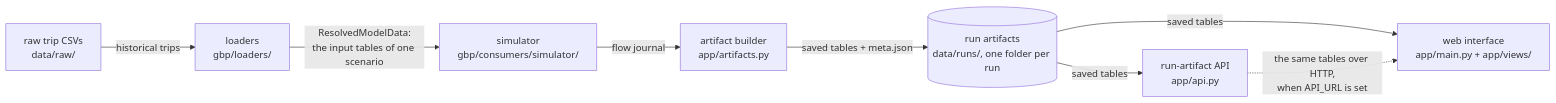
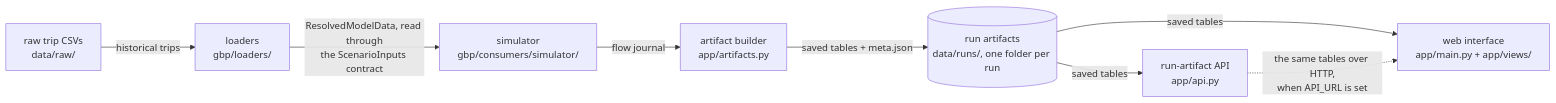
Before and after one commit to vlzm/GFDRR: the second of 4 diagrams in docs/explanation/architecture.md, drawn with Mermaid. The commit also changed other lines of this file and 13 other files, not shown here.

Commit message:
feat: introduce ScenarioInputs contract for simulator input tables

````diff
--- a/docs/explanation/architecture.md
+++ b/docs/explanation/architecture.md
@@ -51,18 +51,18 @@
 ```mermaid
 flowchart LR
     csv["raw trip CSVs<br/>data/raw/"]
     loaders["loaders<br/>gbp/loaders/"]
     sim["simulator<br/>gbp/consumers/simulator/"]
     builder["artifact builder<br/>app/artifacts.py"]
     runs[("run artifacts<br/>data/runs/, one folder per run")]
     ui["web interface<br/>app/main.py + app/views/"]
     api["run-artifact API<br/>app/api.py"]
 
     csv -->|"historical trips"| loaders
-    loaders -->|"ResolvedModelData:<br/>the input tables of one scenario"| sim
+    loaders -->|"ResolvedModelData, read through<br/>the ScenarioInputs contract"| sim
     sim -->|"flow journal"| builder
     builder -->|"saved tables + meta.json"| runs
     runs -->|"saved tables"| ui
     runs -->|"saved tables"| api
     api -.->|"the same tables over HTTP,<br/>when API_URL is set"| ui
 ```
````
